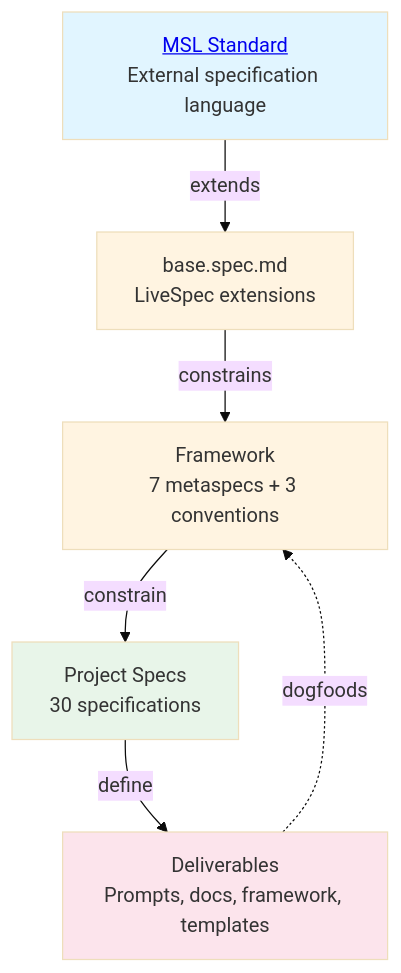
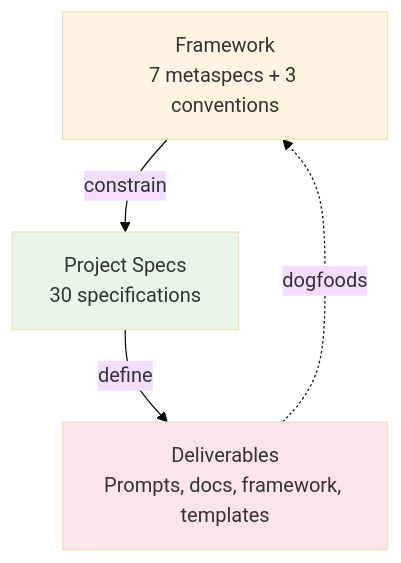
The second of 3 diagrams in README.md (chrs-myrs/livespec), drawn with Mermaid (base theme) before and after one commit. The commit also changed other lines of this file and 1 other file, not shown here.

First line of the commit message:
Enhance README - highlight AI code generation and simplify diagrams

````diff
--- a/README.md
+++ b/README.md
@@ -82,22 +82,14 @@
 ```mermaid
 graph TD
-    MSL[<a href='https://github.com/chrs-myrs/msl-specification'>MSL Standard</a><br/>External specification language]
-    BASE[base.spec.md<br/>LiveSpec extensions]
     META[Framework<br/>7 metaspecs + 3 conventions]
     SPECS[Project Specs<br/>30 specifications]
     DELIVER[Deliverables<br/>Prompts, docs, framework, templates]
 
-    MSL -->|extends| BASE
-    BASE -->|constrains| META
     META -->|constrain| SPECS
     SPECS -->|define| DELIVER
     DELIVER -.dogfoods.-> META
 
-    style MSL fill:#e1f5ff
-    style BASE fill:#fff4e1
     style META fill:#fff4e1
     style SPECS fill:#e8f5e9
     style DELIVER fill:#fce4ec
-
-    click MSL "https://github.com/chrs-myrs/msl-specification" "View MSL Specification"
 ```
````
